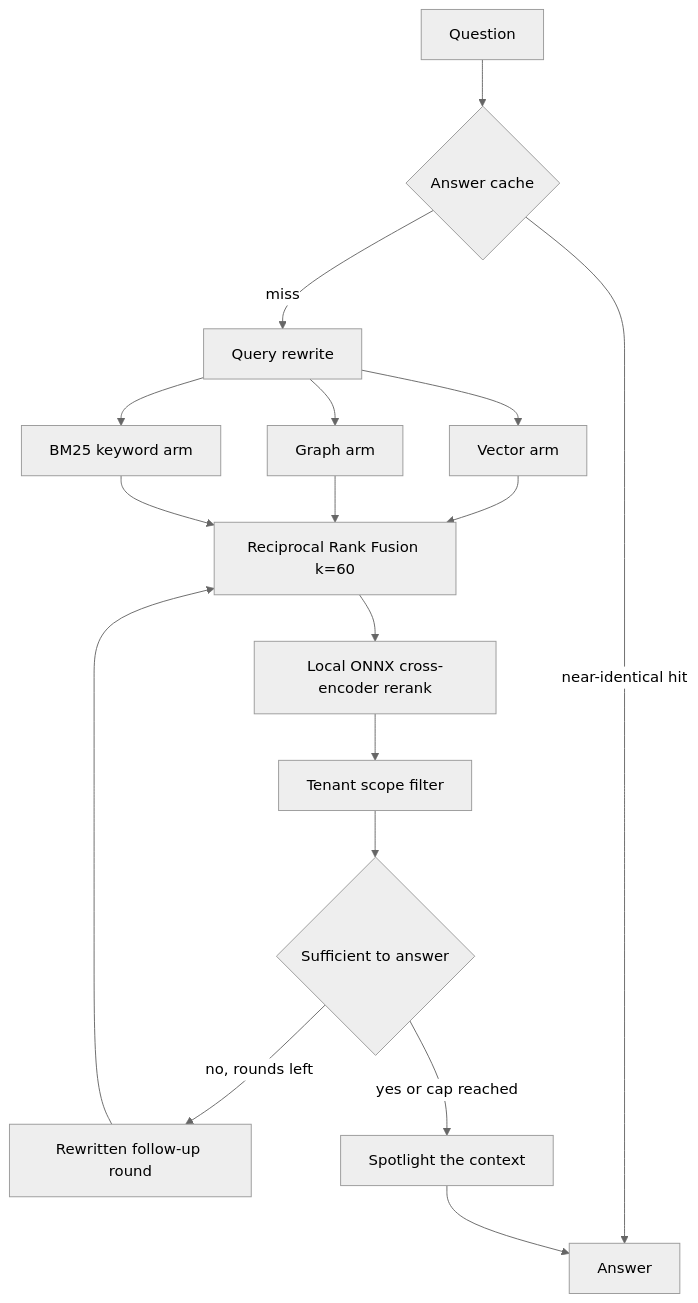
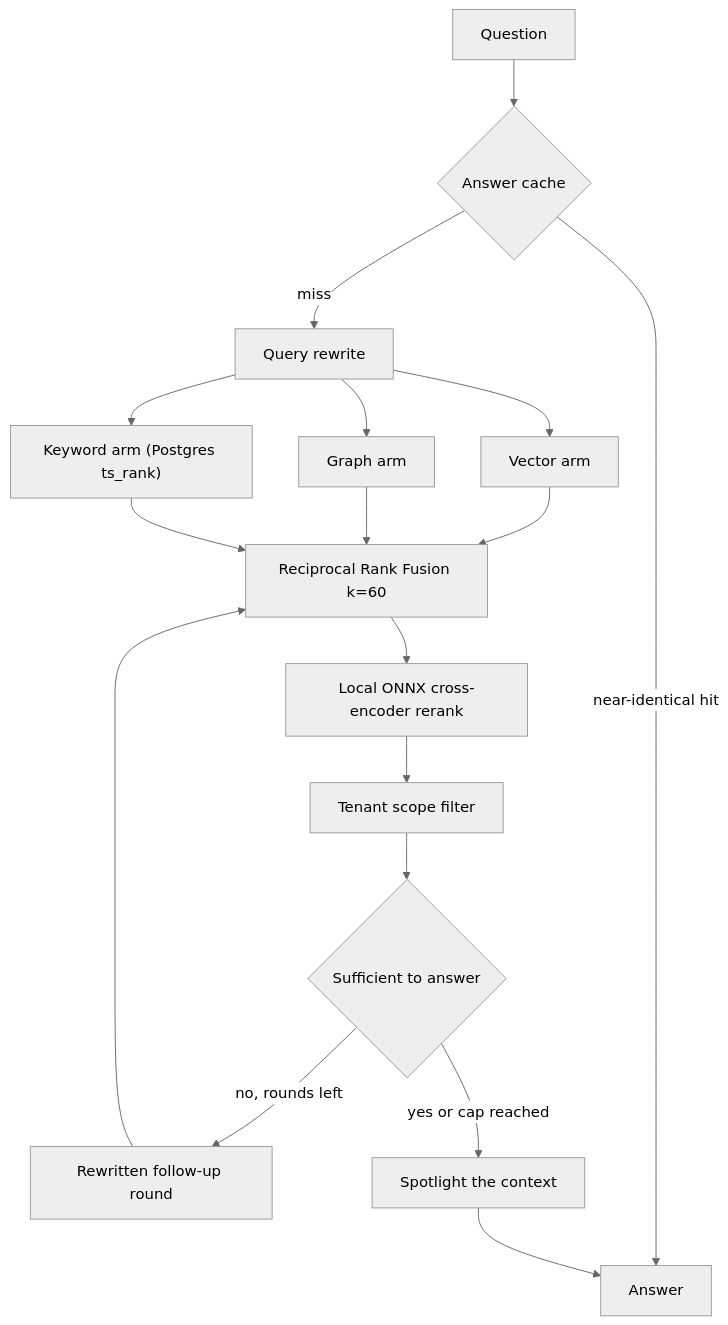
One commit to yrevash/aegis changed the diagram in docs/teaching/retrieval.md. Above: the diagram before and after it, drawn with Mermaid (neutral theme). The commit also changed other lines of this file and 36 other files, not shown here.

````diff
--- a/docs/teaching/retrieval.md
+++ b/docs/teaching/retrieval.md
@@ -26,19 +26,19 @@
 ```mermaid
 flowchart TD
     Q[Question] --> AC{Answer cache}
     AC -->|near-identical hit| OUT[Answer]
     AC -->|miss| RW[Query rewrite]
     RW --> V[Vector arm]
     RW --> G[Graph arm]
-    RW --> K[BM25 keyword arm]
+    RW --> K["Keyword arm (Postgres ts_rank)"]
     V --> F[Reciprocal Rank Fusion k=60]
     G --> F
     K --> F
     F --> RR[Local ONNX cross-encoder rerank]
     RR --> SC[Tenant scope filter]
     SC --> J{Sufficient to answer}
     J -->|no, rounds left| R2[Rewritten follow-up round]
     R2 --> F
     J -->|yes or cap reached| SP[Spotlight the context]
     SP --> OUT
 ```
````
